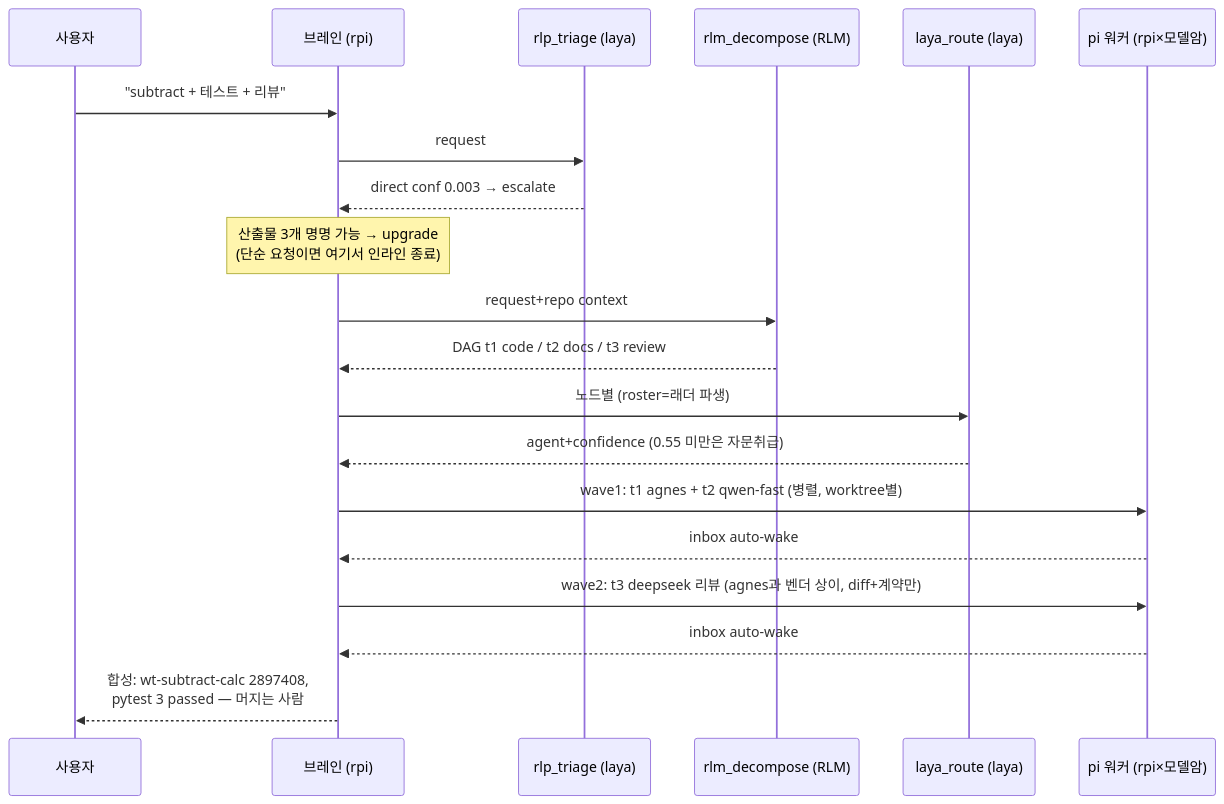
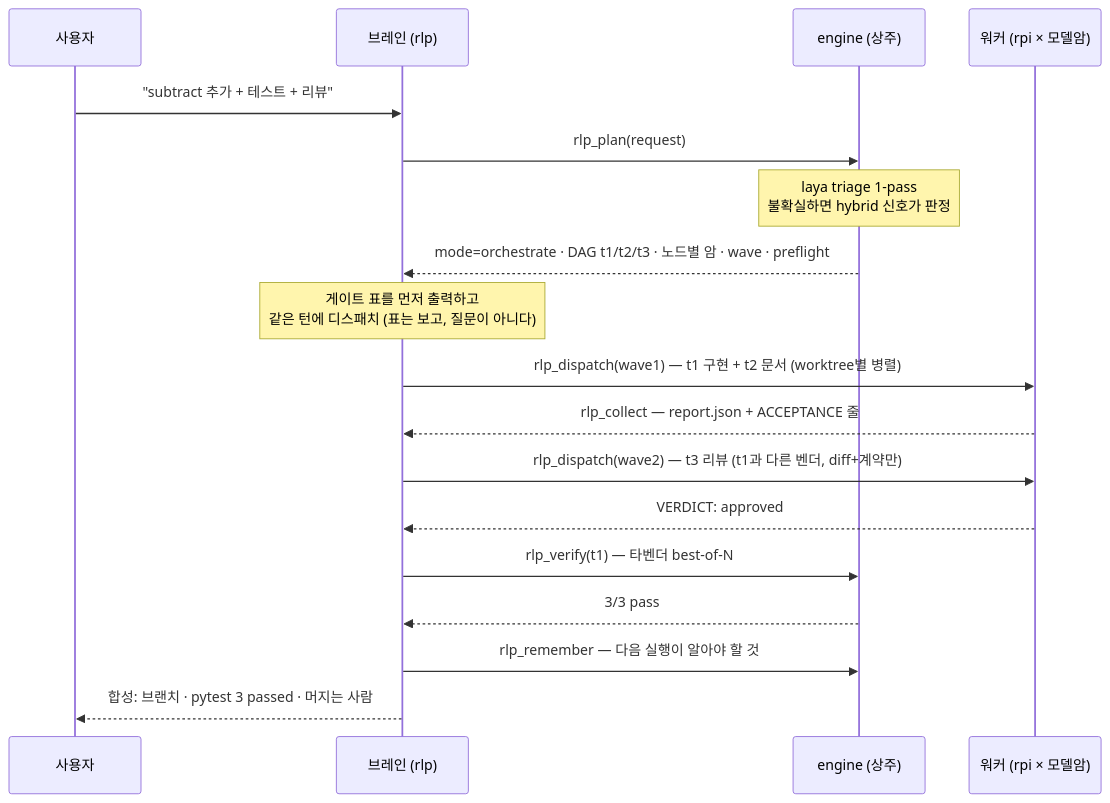
One commit to senghan1992/RLP changed the second of 2 diagrams in docs/ARCHITECTURE.md. Above: the diagram before and after it, drawn with Mermaid. The commit also changed other lines of this file and 34 other files, not shown here.

````diff
--- a/docs/ARCHITECTURE.md
+++ b/docs/ARCHITECTURE.md
@@ -90,23 +78,21 @@
 ```mermaid
 sequenceDiagram
   participant U as 사용자
-  participant B as 브레인 (rpi)
-  participant T as rlp_triage (laya)
-  participant D as rlm_decompose (RLM)
-  participant R as laya_route (laya)
-  participant W as pi 워커 (rpi×모델암)
+  participant B as 브레인 (rlp)
+  participant E as engine (상주)
+  participant W as 워커 (rpi × 모델암)
 
-  U->>B: "subtract + 테스트 + 리뷰"
-  B->>T: request
-  T-->>B: direct conf 0.003 → escalate
-  Note over B: 산출물 3개 명명 가능 → upgrade<br/>(단순 요청이면 여기서 인라인 종료)
-  B->>D: request+repo context
-  D-->>B: DAG t1 code / t2 docs / t3 review
-  B->>R: 노드별 (roster=래더 파생)
-  R-->>B: agent+confidence (0.55 미만은 자문취급)
-  B->>W: wave1: t1 agnes + t2 qwen-fast (병렬, worktree별)
-  W-->>B: inbox auto-wake
-  B->>W: wave2: t3 deepseek 리뷰 (agnes과 벤더 상이, diff+계약만)
-  W-->>B: inbox auto-wake
-  B-->>U: 합성: wt-subtract-calc 2897408,<br/>pytest 3 passed — 머지는 사람
+  U->>B: "subtract 추가 + 테스트 + 리뷰"
+  B->>E: rlp_plan(request)
+  Note over E: laya triage 1-pass<br/>불확실하면 hybrid 신호가 판정
+  E-->>B: mode=orchestrate · DAG t1/t2/t3 · 노드별 암 · wave · preflight
+  Note over B: 게이트 표를 먼저 출력하고<br/>같은 턴에 디스패치 (표는 보고, 질문이 아니다)
+  B->>W: rlp_dispatch(wave1) — t1 구현 + t2 문서 (worktree별 병렬)
+  W-->>B: rlp_collect — report.json + ACCEPTANCE 줄
+  B->>W: rlp_dispatch(wave2) — t3 리뷰 (t1과 다른 벤더, diff+계약만)
+  W-->>B: VERDICT: approved
+  B->>E: rlp_verify(t1) — 타벤더 best-of-N
+  E-->>B: 3/3 pass
+  B->>E: rlp_remember — 다음 실행이 알아야 할 것
+  B-->>U: 합성: 브랜치 · pytest 3 passed · 머지는 사람
 ```
````
